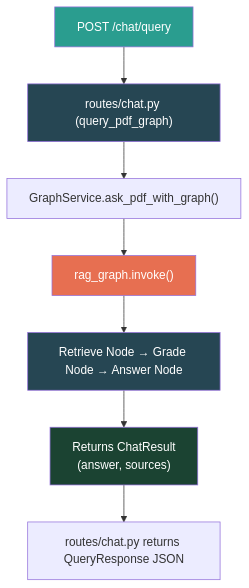
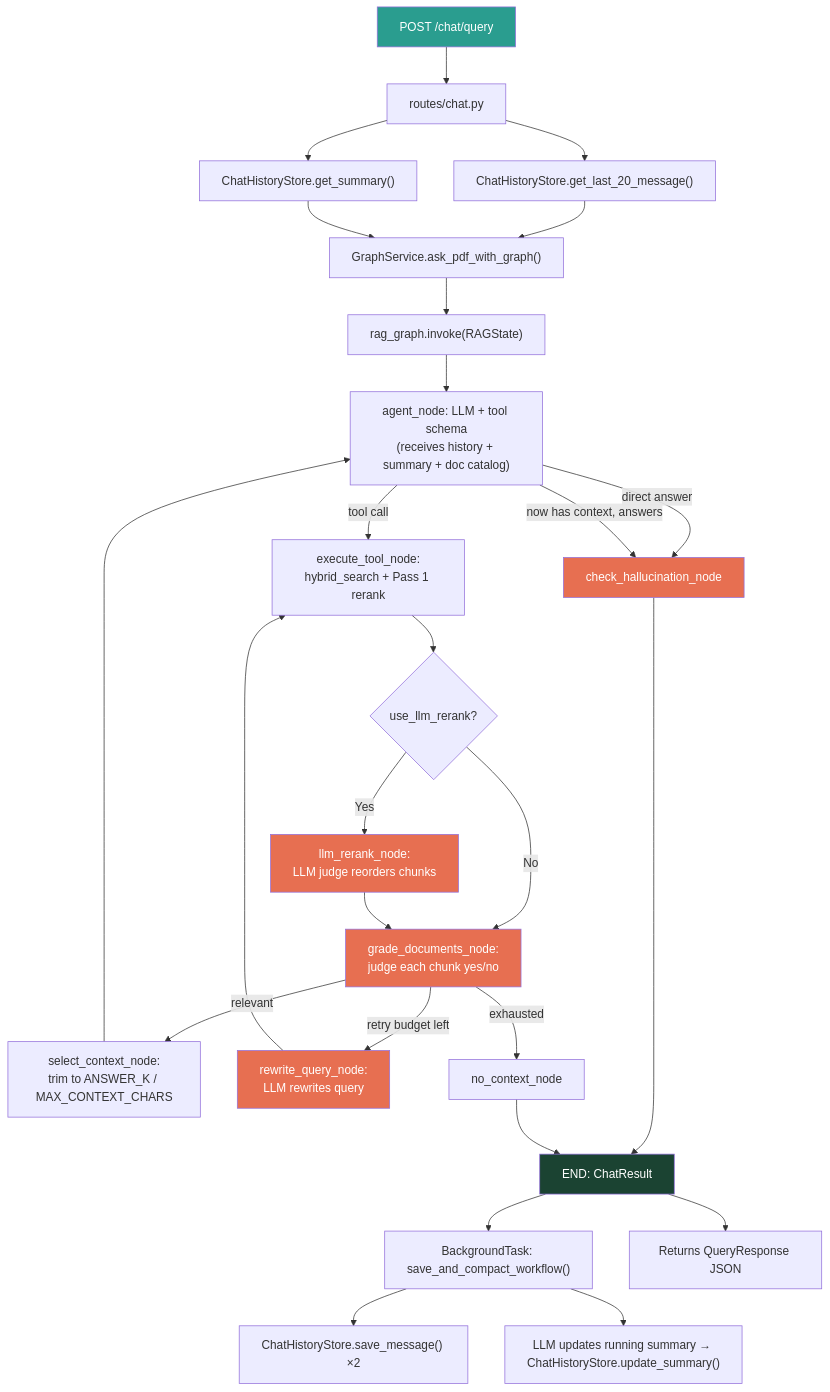
Before and after one commit to hasnatsakil/agentic-rag-service: the second of 4 diagrams in README.md, drawn with Mermaid. The commit also changed other lines of this file and 19 other files, not shown here.

````diff
--- a/README.md
+++ b/README.md
@@ -137,17 +381,39 @@
 ```mermaid
 flowchart TD
-    A["POST /chat/query"] --> B["routes/chat.py (query_pdf_graph)"]
-    B --> C["GraphService.ask_pdf_with_graph()"]
-    
-    C --> D["rag_graph.invoke()"]
-    D --> E["Retrieve Node → Grade Node → Answer Node"]
-    E --> J["Returns ChatResult
-(answer, sources)"]
-    J --> K["routes/chat.py returns QueryResponse JSON"]
+    A["POST /chat/query"] --> B["routes/chat.py"]
+    B --> B1["ChatHistoryStore.get_last_20_message()"]
+    B --> B2["ChatHistoryStore.get_summary()"]
+    B1 & B2 --> C["GraphService.ask_pdf_with_graph()"]
+    C --> D["rag_graph.invoke(RAGState)"]
+
+    D --> AGENT["agent_node: LLM + tool schema\n(receives history + summary + doc catalog)"]
+    AGENT -- "tool call" --> TOOL["execute_tool_node:\nhybrid_search + Pass 1 rerank"]
+    AGENT -- "direct answer" --> HALL["check_hallucination_node"]
+
+    TOOL --> OPT{"use_llm_rerank?"}
+    OPT -- Yes --> LLM_R["llm_rerank_node:\nLLM judge reorders chunks"]
+    OPT -- No --> GRADE
+    LLM_R --> GRADE["grade_documents_node:\njudge each chunk yes/no"]
+
+    GRADE -- "relevant" --> SEL["select_context_node:\ntrim to ANSWER_K / MAX_CONTEXT_CHARS"]
+    GRADE -- "retry budget left" --> REW["rewrite_query_node:\nLLM rewrites query"]
+    GRADE -- "exhausted" --> NO["no_context_node"]
+
+    REW --> TOOL
+    SEL --> AGENT
+    AGENT -- "now has context, answers" --> HALL
+    HALL --> END["END: ChatResult"]
+    NO --> END
+
+    END --> E["BackgroundTask: save_and_compact_workflow()"]
+    E --> E1["ChatHistoryStore.save_message() ×2"]
+    E --> E2["LLM updates running summary → ChatHistoryStore.update_summary()"]
+    END --> F["Returns QueryResponse JSON"]
 
     style A fill:#2a9d8f,color:#fff
-    style B fill:#264653,color:#fff
-    style D fill:#e76f51,color:#fff
-    style E fill:#264653,color:#fff
-    style J fill:#1b4332,color:#fff
+    style END fill:#1b4332,color:#fff
+    style HALL fill:#e76f51,color:#fff
+    style GRADE fill:#e76f51,color:#fff
+    style LLM_R fill:#e76f51,color:#fff
+    style REW fill:#e76f51,color:#fff
 ```
````
